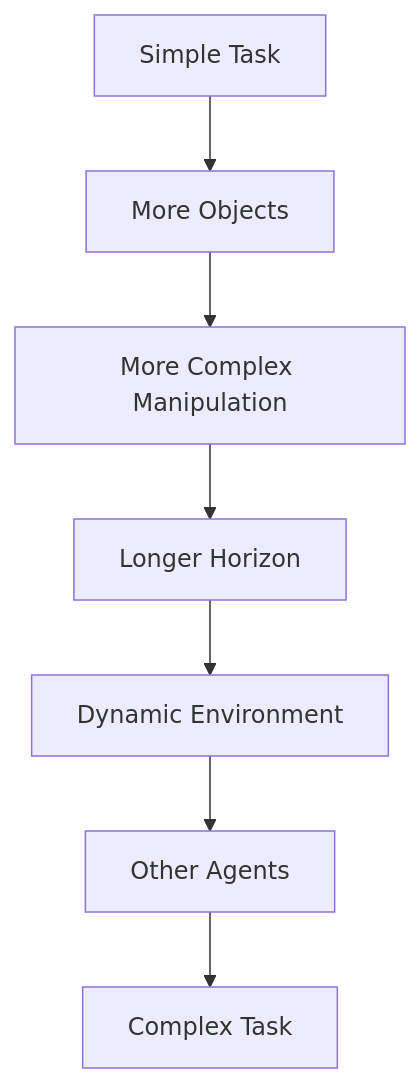
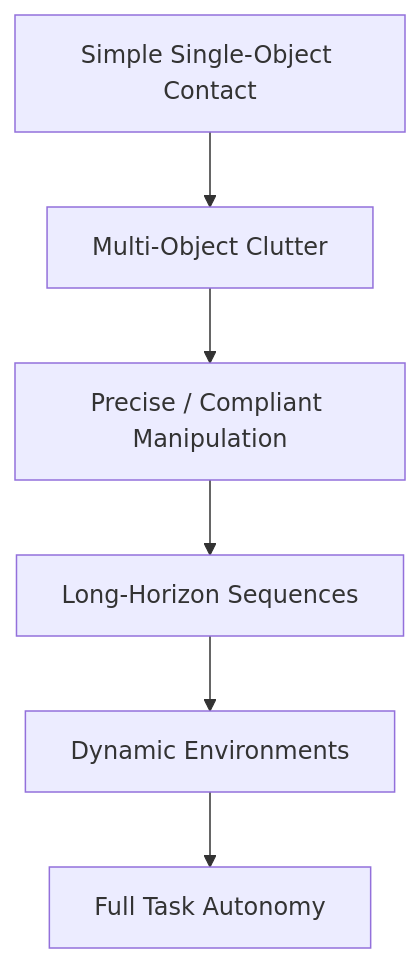
One commit to Freelunch-AI/freelunch-ide changed the seventh of 11 diagrams in docs/specs/post-demo/lunch_robotics.md. Above: the diagram before and after it, drawn with Mermaid. The commit also changed other lines of this file, not shown here.

````diff
--- a/docs/specs/post-demo/lunch_robotics.md
+++ b/docs/specs/post-demo/lunch_robotics.md
@@ -463,9 +391,8 @@
 ```mermaid
 flowchart TD
-    A["Simple Task"] --> B["More Objects"]
-    B --> C["More Complex Manipulation"]
-    C --> D["Longer Horizon"]
-    D --> E["Dynamic Environment"]
-    E --> F["Other Agents"]
-    F --> G["Complex Task"]
+    A["Simple Single-Object Contact"] --> B["Multi-Object Clutter"]
+    B --> C["Precise / Compliant Manipulation"]
+    C --> D["Long-Horizon Sequences"]
+    D --> E["Dynamic Environments"]
+    E --> F["Full Task Autonomy"]
 ```
````
